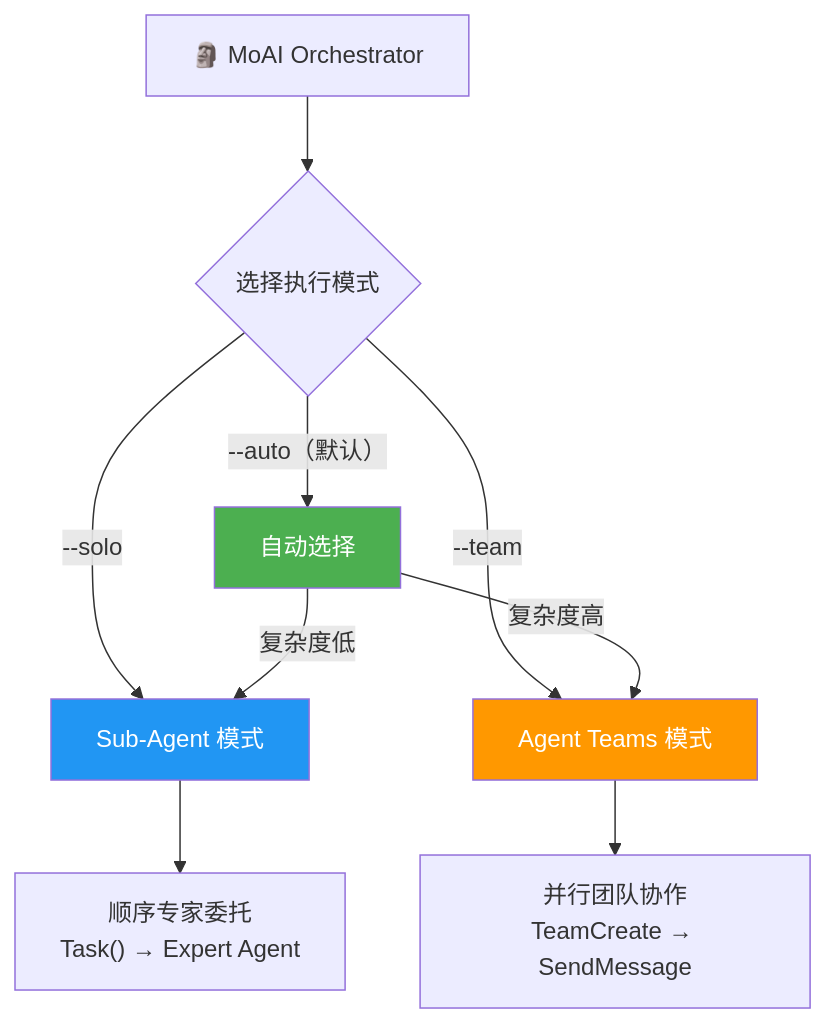
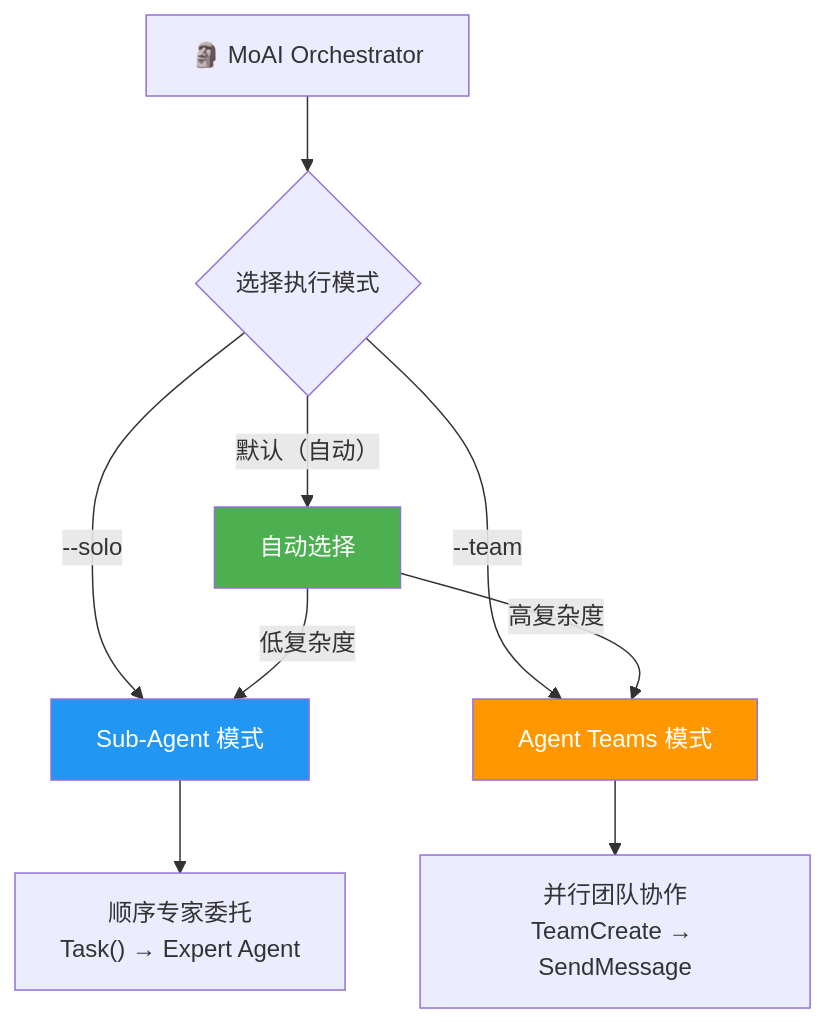
Before and after one commit to modu-ai/moai-adk: the fourth of 5 diagrams in README.zh.md, drawn with Mermaid. The commit also changed other lines of this file and 85 other files, not shown here.

````diff
--- a/README.zh.md
+++ b/README.zh.md
@@ -317,16 +323,16 @@
 ```mermaid
 graph TD
     A["🗿 MoAI Orchestrator"] --> B{"选择执行模式"}
     B -->|"--solo"| C["Sub-Agent 模式"]
     B -->|"--team"| D["Agent Teams 模式"]
-    B -->|"--auto（默认）"| E["自动选择"]
+    B -->|"默认（自动）"| E["自动选择"]
 
     C --> F["顺序专家委托<br/>Task() → Expert Agent"]
     D --> G["并行团队协作<br/>TeamCreate → SendMessage"]
-    E -->|"复杂度高"| D
-    E -->|"复杂度低"| C
+    E -->|"高复杂度"| D
+    E -->|"低复杂度"| C
 
     style C fill:#2196F3,color:#fff
     style D fill:#FF9800,color:#fff
     style E fill:#4CAF50,color:#fff
 ```
````
